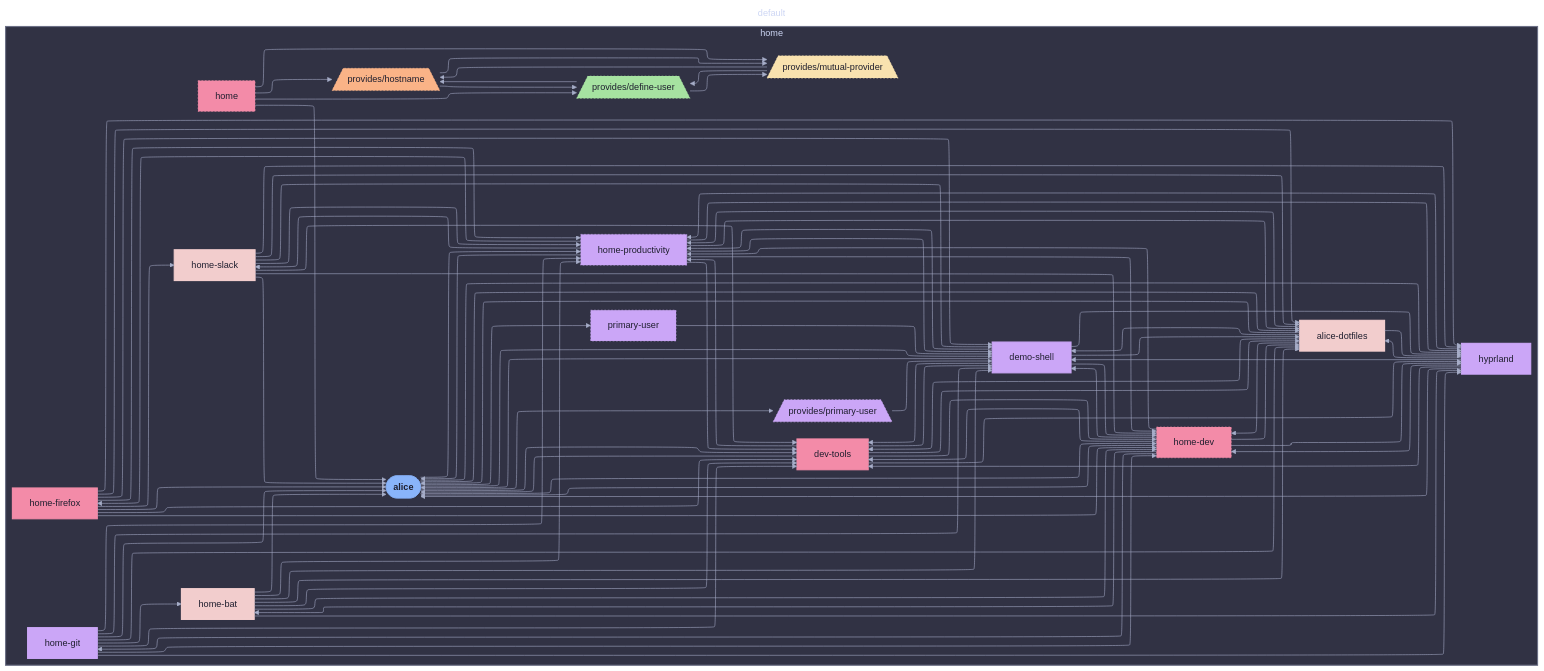
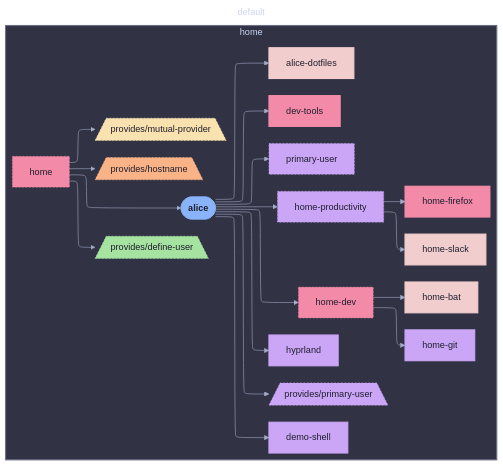
One commit to sini/den changed the diagram in templates/diag-fx-demo/diagrams/home-alice-aspects.md. Above: the diagram before and after it, drawn with Mermaid. The commit also changed 849 other files, not shown here.

Commit message:
chore: update fx diagrams

```diff
--- a/templates/diag-fx-demo/diagrams/home-alice-aspects.md
+++ b/templates/diag-fx-demo/diagrams/home-alice-aspects.md
@@ -29,93 +29,20 @@
   alice --> hyprland
   alice --> primary_user
   alice --> den__provides__primary_user
-  alice_dotfiles --> alice
-  alice_dotfiles --> demo_shell
-  alice_dotfiles --> dev_tools
-  alice_dotfiles --> home_dev
-  alice_dotfiles --> home_productivity
-  alice_dotfiles --> hyprland
   home --> den__provides__define_user
   home --> den__provides__hostname
   home --> den__provides__mutual_provider
-  demo_shell --> alice
-  demo_shell --> alice_dotfiles
-  demo_shell --> dev_tools
-  demo_shell --> home_dev
-  demo_shell --> home_productivity
-  demo_shell --> hyprland
-  den__provides__primary_user --> demo_shell
-  dev_tools --> alice
-  dev_tools --> alice_dotfiles
-  dev_tools --> demo_shell
-  dev_tools --> home_dev
-  dev_tools --> home_productivity
-  dev_tools --> hyprland
   home --> alice
-  home_bat --> home_dev
-  home_bat --> alice
-  home_bat --> alice_dotfiles
-  home_bat --> demo_shell
-  home_bat --> dev_tools
-  home_bat --> home_productivity
-  home_bat --> hyprland
   home_dev --> home_bat
   home_dev --> home_git
-  home_dev --> alice
-  home_dev --> alice_dotfiles
-  home_dev --> demo_shell
-  home_dev --> dev_tools
-  home_dev --> home_productivity
-  home_dev --> hyprland
-  home_firefox --> home_slack
-  home_firefox --> alice
-  home_firefox --> alice_dotfiles
-  home_firefox --> demo_shell
-  home_firefox --> dev_tools
-  home_firefox --> home_dev
-  home_firefox --> home_productivity
-  home_firefox --> hyprland
-  home_git --> home_bat
-  home_git --> alice
-  home_git --> alice_dotfiles
-  home_git --> demo_shell
-  home_git --> dev_tools
-  home_git --> home_dev
-  home_git --> home_productivity
-  home_git --> hyprland
   home_productivity --> home_firefox
   home_productivity --> home_slack
-  home_productivity --> alice
-  home_productivity --> alice_dotfiles
-  home_productivity --> demo_shell
-  home_productivity --> dev_tools
-  home_productivity --> home_dev
-  home_productivity --> hyprland
-  home_slack --> home_productivity
-  home_slack --> alice
-  home_slack --> alice_dotfiles
-  home_slack --> demo_shell
-  home_slack --> dev_tools
-  home_slack --> home_dev
-  home_slack --> hyprland
-  hyprland --> alice
-  hyprland --> alice_dotfiles
-  hyprland --> demo_shell
-  hyprland --> dev_tools
-  hyprland --> home_dev
-  hyprland --> home_productivity
-  primary_user --> demo_shell
   end
   subgraph ctx_default["default"]
   den__provides__define_user[/"provides/define-user"\]:::den__provides__define_user_c
   den__provides__hostname[/"provides/hostname"\]:::den__provides__hostname_c
   den__provides__mutual_provider[/"provides/mutual-provider"\]:::den__provides__mutual_provider_c
-  den__provides__mutual_provider --> den__provides__define_user
-  den__provides__mutual_provider --> den__provides__hostname
-  den__provides__hostname --> den__provides__define_user
-  den__provides__define_user --> den__provides__hostname
-  den__provides__define_user --> den__provides__mutual_provider
-  den__provides__hostname --> den__provides__mutual_provider
+
   end
 
 
```
